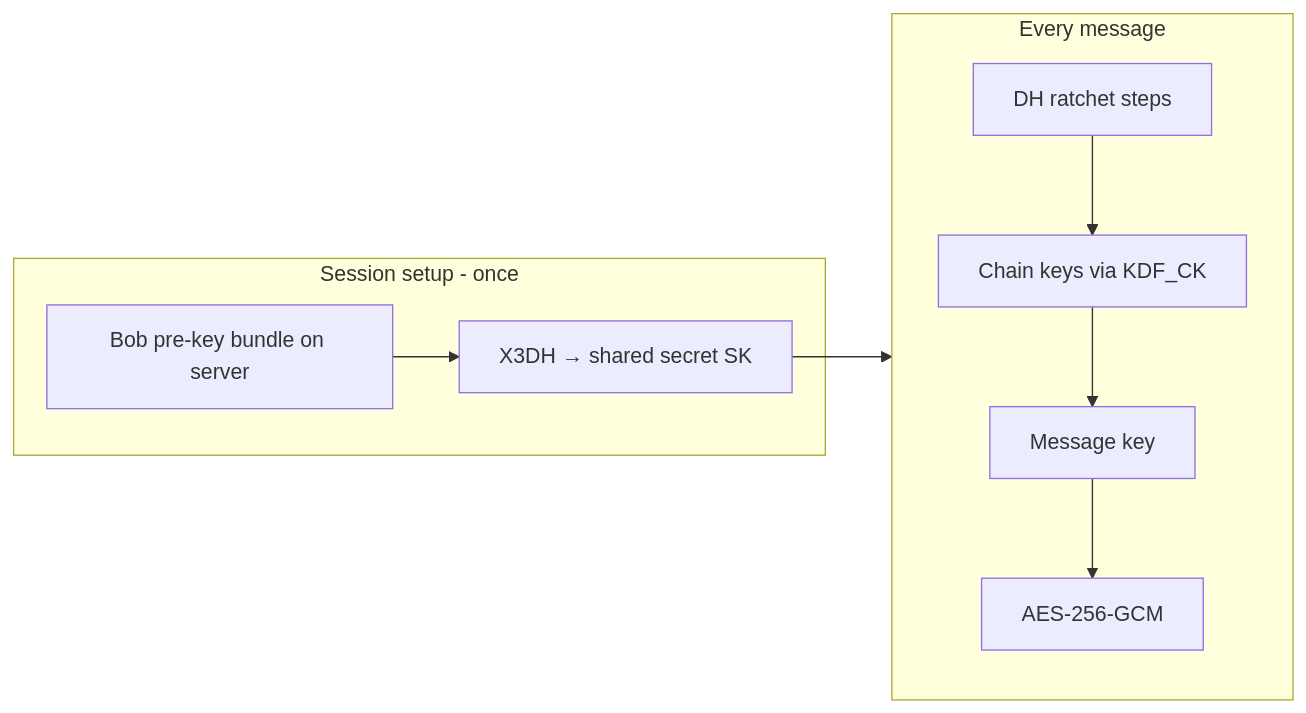
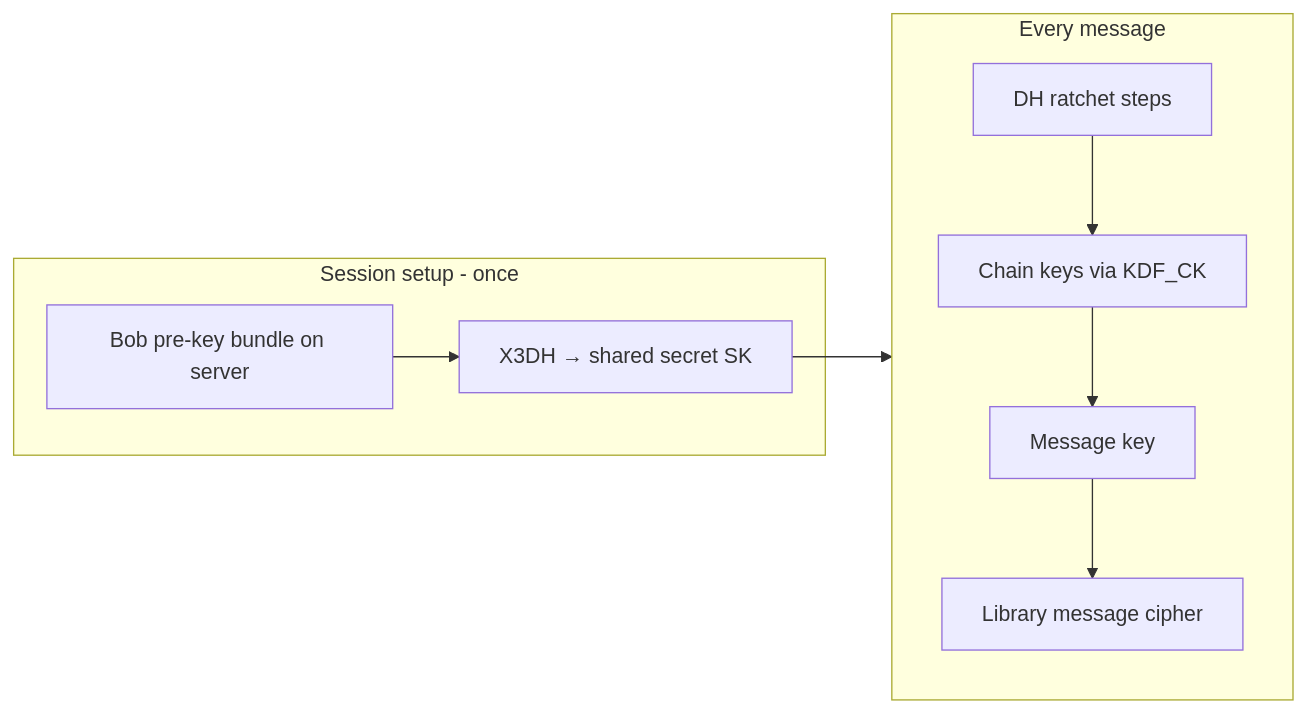
One commit to EoinOKelly/Epic-KFC changed the diagram in docs/cryptography.md. Above: the diagram before and after it, drawn with Mermaid. The commit also changed other lines of this file and 24 other files, not shown here.

Commit message:
Migrate E2EE to libsignal with AES-256-GCM payload envelope and demo scripts

````diff
--- a/docs/cryptography.md
+++ b/docs/cryptography.md
@@ -43,19 +63,19 @@
 ```mermaid
 flowchart LR
   subgraph setup [Session setup - once]
     BUNDLE[Bob pre-key bundle on server]
     X3DH[X3DH → shared secret SK]
     BUNDLE --> X3DH
   end
 
   subgraph ratchet [Every message]
     CK[Chain keys via KDF_CK]
     MK[Message key]
-    GCM[AES-256-GCM]
-    CK --> MK --> GCM
+    ENC[Library message cipher]
+    CK --> MK --> ENC
     DH[DH ratchet steps]
     DH --> CK
   end
 
   X3DH --> ratchet
 ```
````
